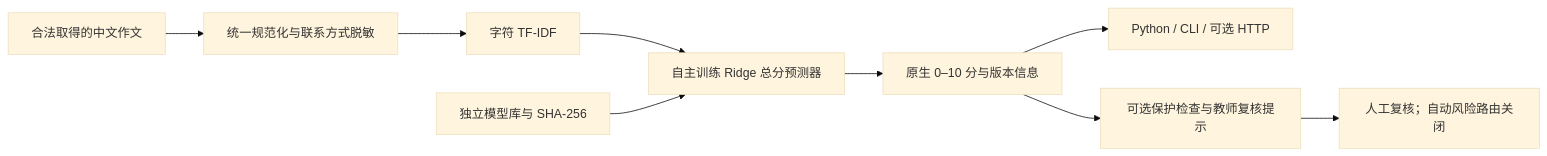
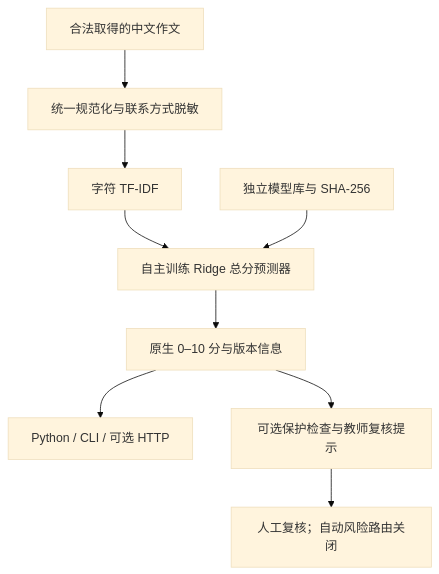
Before and after one commit to pasariga/OpenEssayScore: the diagram in README.zh-CN.md, drawn with Mermaid (base theme). The commit also changed other lines of this file and 12 other files, not shown here.

````diff
--- a/README.zh-CN.md
+++ b/README.zh-CN.md
@@ -29,11 +31,11 @@
 ```mermaid
-flowchart LR
+flowchart TD
   A[合法取得的中文作文] --> B[统一规范化与联系方式脱敏]
   B --> C[字符 TF-IDF]
   C --> D[自主训练 Ridge 总分预测器]
   D --> E[原生 0–10 分与版本信息]
   E --> F[Python / CLI / 可选 HTTP]
   E --> G[可选保护检查与教师复核提示]
   G --> H[人工复核；自动风险路由关闭]
   I[独立模型库与 SHA-256] --> D
 ```
````
